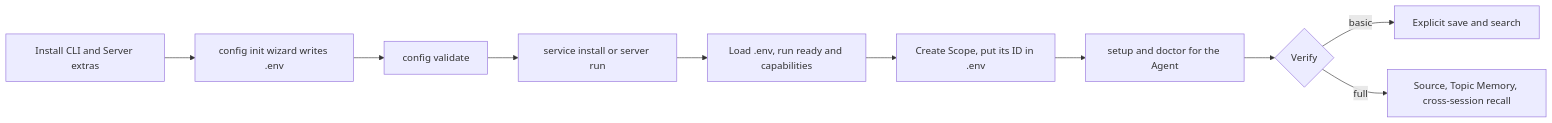
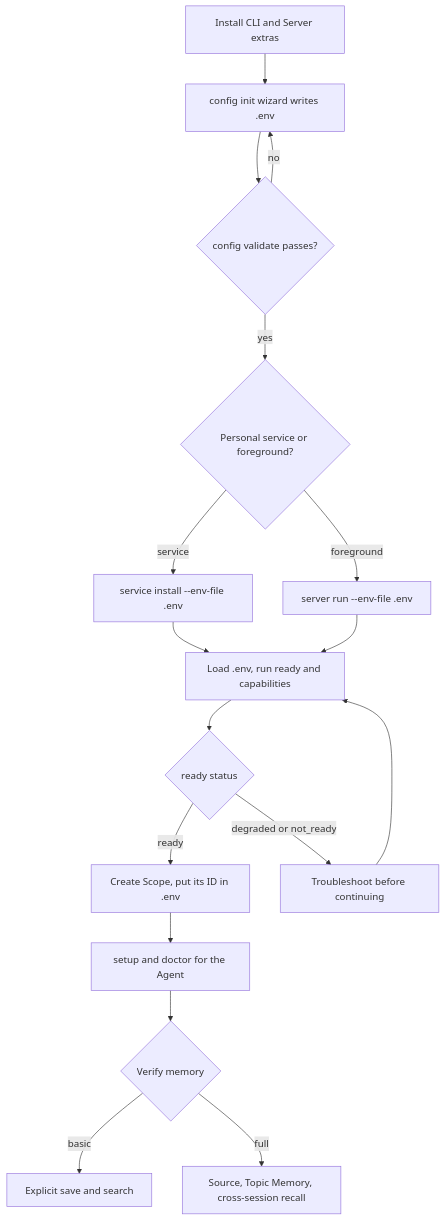
The first of 2 diagrams in openwiki/quickstart.md (vieGPT/powercontext-enigma-agent-memory), drawn with Mermaid before and after one commit. The commit also changed other lines of this file and 69 other files, not shown here.

````diff
--- a/openwiki/quickstart.md
+++ b/openwiki/quickstart.md
@@ -53,12 +65,19 @@
 ```mermaid
-flowchart LR
-    A[Install CLI and Server extras] --> B[config init wizard writes .env]
-    B --> C[config validate]
-    C --> D[service install or server run]
-    D --> E[Load .env, run ready and capabilities]
-    E --> F[Create Scope, put its ID in .env]
-    F --> G[setup and doctor for the Agent]
-    G --> H{Verify}
-    H -->|basic| I[Explicit save and search]
-    H -->|full| J[Source, Topic Memory, cross-session recall]
+flowchart TD
+    A["Install CLI and Server extras"] --> B["config init wizard writes .env"]
+    B --> C{"config validate passes?"}
+    C -->|no| B
+    C -->|yes| D{"Personal service or foreground?"}
+    D -->|service| E["service install --env-file .env"]
+    D -->|foreground| F["server run --env-file .env"]
+    E --> G["Load .env, run ready and capabilities"]
+    F --> G
+    G --> H{"ready status"}
+    H -->|ready| I["Create Scope, put its ID in .env"]
+    H -->|degraded or not_ready| J["Troubleshoot before continuing"]
+    J --> G
+    I --> K["setup and doctor for the Agent"]
+    K --> L{"Verify memory"}
+    L -->|basic| M["Explicit save and search"]
+    L -->|full| N["Source, Topic Memory, cross-session recall"]
 ```
````
